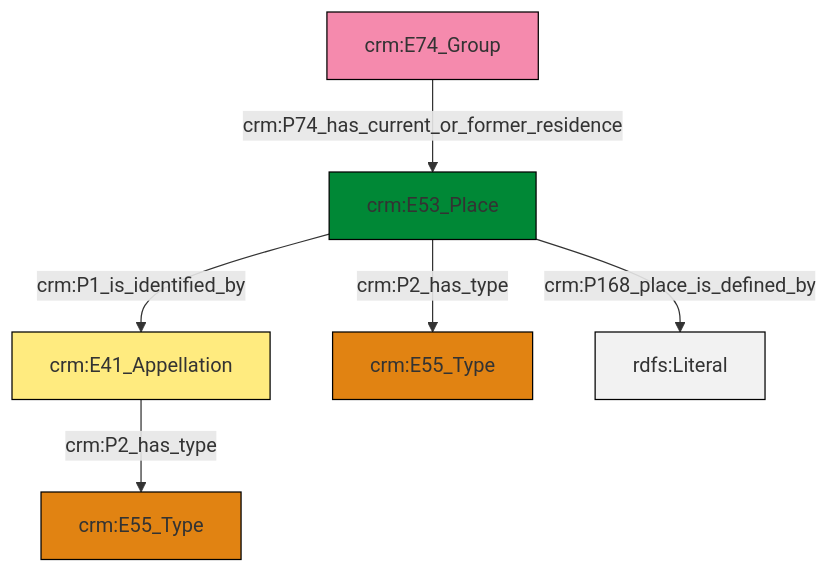
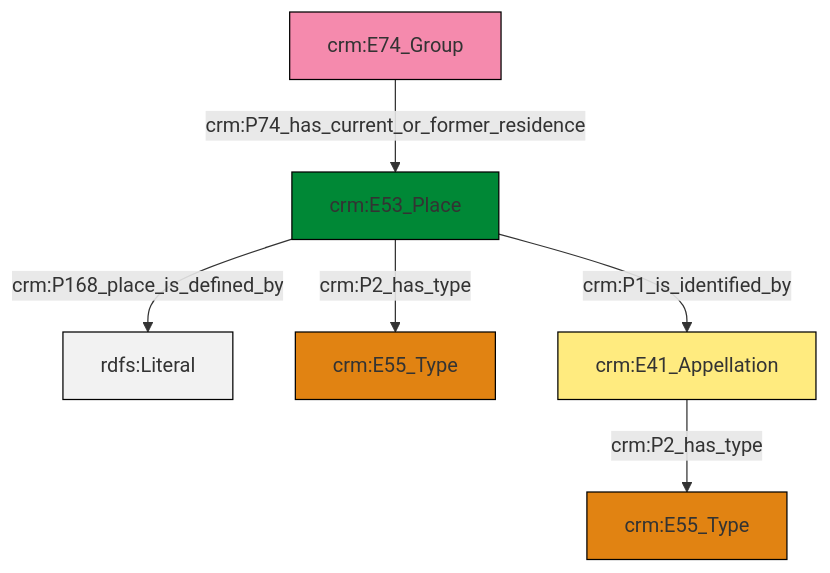
Before and after one commit to swiss-art-research-net/reference-data-models: the diagram in et/groupCSV/ttl/mmd/group_location.ttl.mmd, drawn with Mermaid. The commit also changed 127 other files, not shown here.

```diff
--- a/et/groupCSV/ttl/mmd/group_location.ttl.mmd
+++ b/et/groupCSV/ttl/mmd/group_location.ttl.mmd
@@ -1,20 +1,20 @@
 graph TD
 classDef Literal fill:#f2f2f2,stroke:#000000;
 classDef CRM_Entity fill:#FFFFFF,stroke:#000000;
 classDef Temporal_Entity fill:#00C9E6, stroke:#000000;
 classDef Type fill:#E18312, stroke:#000000;
 classDef Time-Span fill:#2C9C91, stroke:#000000;
 classDef Appellation fill:#FFEB7F, stroke:#000000;
 classDef Place fill:#008836, stroke:#000000;
 classDef Persistent_Item fill:#B266B2, stroke:#000000;
 classDef Conceptual_Object fill:#FFD700, stroke:#000000;
 classDef Physical_Thing fill:#D2B48C, stroke:#000000;
 classDef Actor fill:#f58aad, stroke:#000000;
 classDef PC_Classes fill:#4ce600, stroke:#000000;
 classDef Multi fill:#cccccc,stroke:#000000;
 
-0["crm:E41_Appellation"]:::Appellation -->|crm:P2_has_type| 1["crm:E55_Type"]:::Type
-4["crm:E74_Group"]:::Actor -->|crm:P74_has_current_or_former_residence| 6["crm:E53_Place"]:::Place
-6["crm:E53_Place"]:::Place -->|crm:P1_is_identified_by| 0["crm:E41_Appellation"]:::Appellation
-6["crm:E53_Place"]:::Place -->|crm:P2_has_type| 2["crm:E55_Type"]:::Type
-6["crm:E53_Place"]:::Place -->|crm:P168_place_is_defined_by| 10[rdfs:Literal]:::Literal
+2["crm:E53_Place"]:::Place -->|crm:P168_place_is_defined_by| 3[rdfs:Literal]:::Literal
+4["crm:E74_Group"]:::Actor -->|crm:P74_has_current_or_former_residence| 2["crm:E53_Place"]:::Place
+8["crm:E41_Appellation"]:::Appellation -->|crm:P2_has_type| 0["crm:E55_Type"]:::Type
+2["crm:E53_Place"]:::Place -->|crm:P2_has_type| 6["crm:E55_Type"]:::Type
+2["crm:E53_Place"]:::Place -->|crm:P1_is_identified_by| 8["crm:E41_Appellation"]:::Appellation
```
